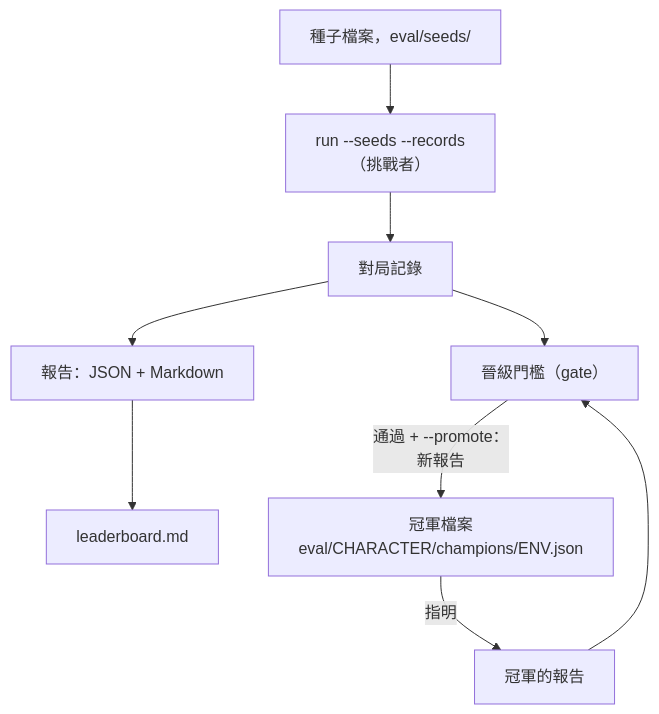
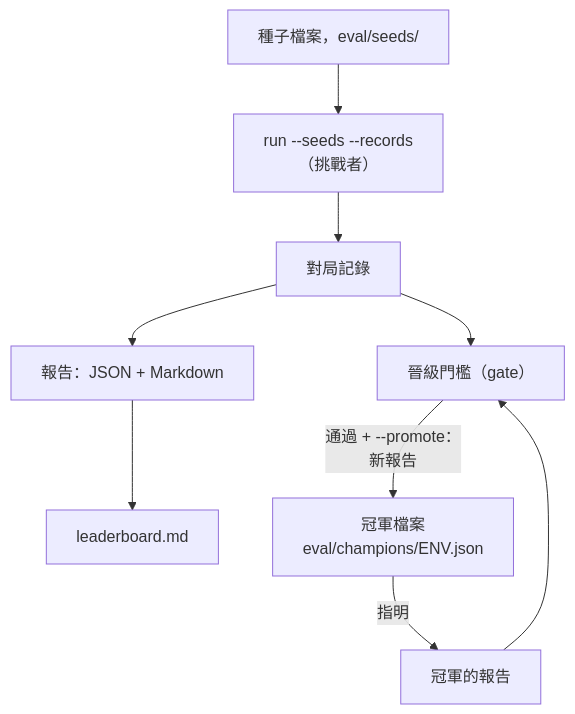
The diagram in docs/src/content/docs/zh-tw/arch/evaluation/index.mdx (shinnku-nikaidou/spire-zero), drawn with Mermaid before and after one commit. The commit also changed 38 other files, not shown here.

````diff
--- a/docs/src/content/docs/zh-tw/arch/evaluation/index.mdx
+++ b/docs/src/content/docs/zh-tw/arch/evaluation/index.mdx
@@ -30,11 +30,11 @@
 ```mermaid
 flowchart TD
   S["種子檔案，eval/seeds/"] --> R["run --seeds --records<br/>（挑戰者）"]
   R --> RR["對局記錄"]
   RR --> REP["報告：JSON + Markdown"]
   REP --> LB["leaderboard.md"]
   RR --> G["晉級門檻（gate）"]
-  CF["冠軍檔案<br/>eval/CHARACTER/champions/ENV.json"] -->|指明| CR["冠軍的報告"]
+  CF["冠軍檔案<br/>eval/champions/ENV.json"] -->|指明| CR["冠軍的報告"]
   CR --> G
   G -->|"通過 + --promote：<br/>新報告"| CF
 ```
````
